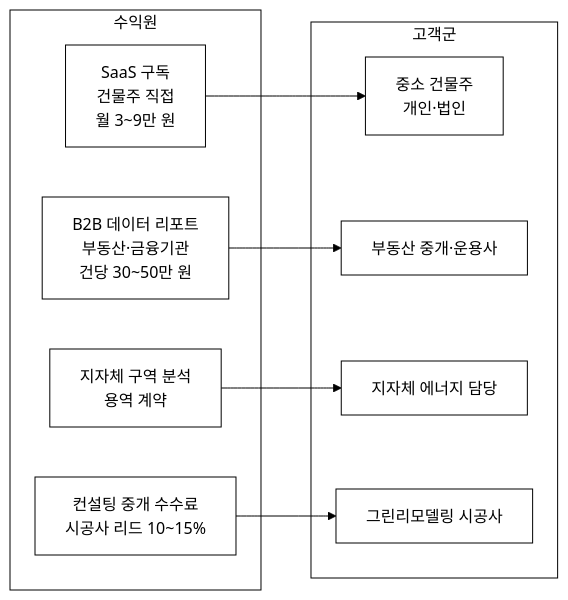
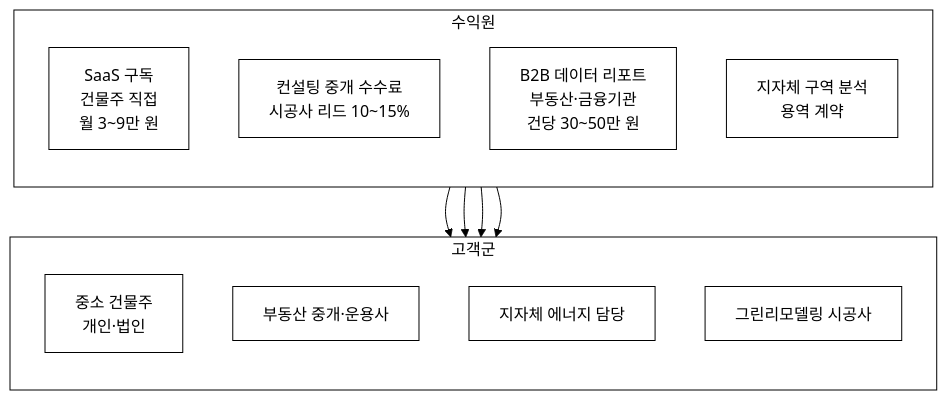
Before and after one commit to iamywl/pulicdata-congress: the third of 4 diagrams in 40-건물에너지-효율벤치마크/biz/1_제안서.md, drawn with Mermaid. The commit also changed other lines of this file and 44 other files, not shown here.

````diff
--- a/40-건물에너지-효율벤치마크/biz/1_제안서.md
+++ b/40-건물에너지-효율벤치마크/biz/1_제안서.md
@@ -231,20 +231,22 @@
 ```mermaid
 %%{init: {'theme':'base','themeVariables':{'background':'#ffffff','primaryColor':'#ffffff','primaryBorderColor':'#000000','primaryTextColor':'#000000','secondaryColor':'#ffffff','secondaryBorderColor':'#000000','secondaryTextColor':'#000000','tertiaryColor':'#ffffff','tertiaryBorderColor':'#000000','tertiaryTextColor':'#000000','mainBkg':'#ffffff','secondBkg':'#ffffff','lineColor':'#000000','textColor':'#000000','clusterBkg':'#ffffff','clusterBorder':'#000000','edgeLabelBackground':'#ffffff','actorBkg':'#ffffff','actorBorder':'#000000','noteBkgColor':'#ffffff','noteBorderColor':'#000000','signalColor':'#000000','signalTextColor':'#000000','fontFamily':'Georgia, serif'}}}%%
-flowchart LR
+flowchart TB
     subgraph 수익원
+        direction TB
         A[SaaS 구독<br/>건물주 직접<br/>월 3~9만 원]
         B[컨설팅 중개 수수료<br/>시공사 리드 10~15%]
         C[B2B 데이터 리포트<br/>부동산·금융기관<br/>건당 30~50만 원]
         D[지자체 구역 분석<br/>용역 계약]
     end
     subgraph 고객군
+        direction TB
         E[중소 건물주<br/>개인·법인]
         F[부동산 중개·운용사]
         G[지자체 에너지 담당]
         H[그린리모델링 시공사]
     end
     A --> E
     B --> H
     C --> F
     D --> G
 ```
````
